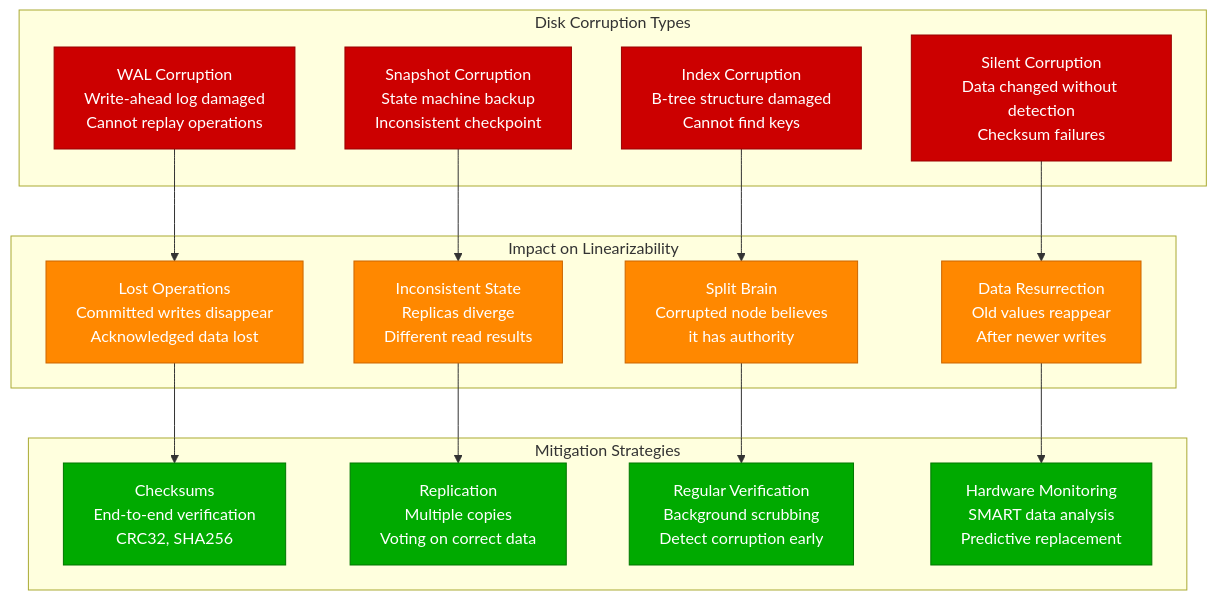
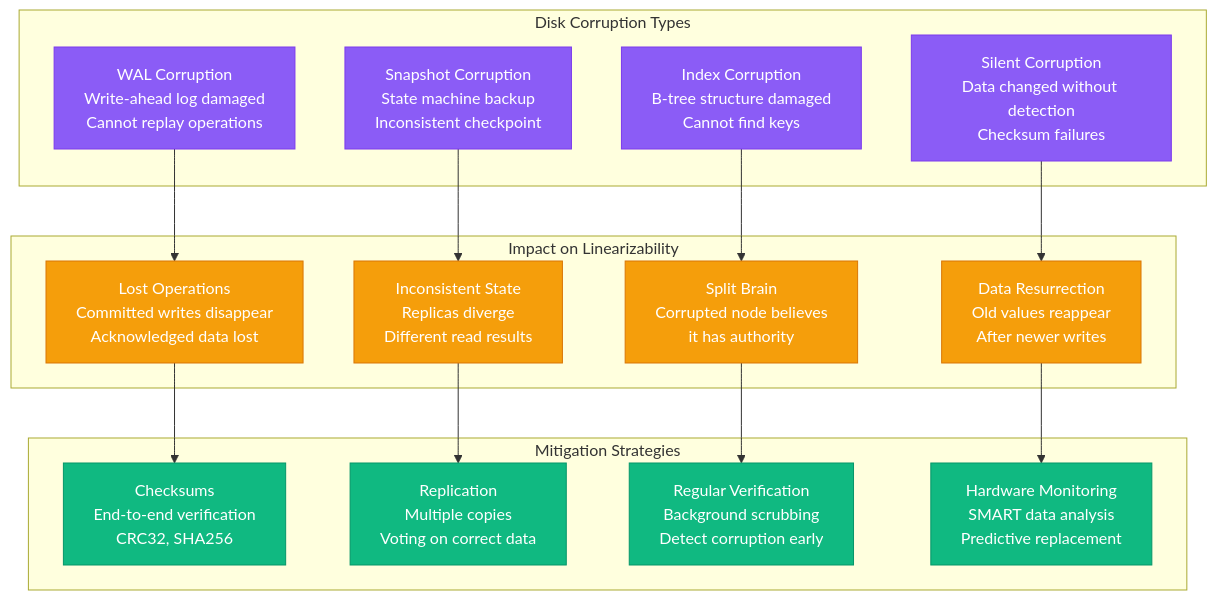
Before and after one commit to deepaucksharma/DS: the sixth of 10 diagrams in site/docs/guarantees/linearizability/linearizability-failures.md, drawn with Mermaid. The commit also changed other lines of this file and 303 other files, not shown here.

````diff
--- a/site/docs/guarantees/linearizability/linearizability-failures.md
+++ b/site/docs/guarantees/linearizability/linearizability-failures.md
@@ -219,41 +219,41 @@
 ```mermaid
 graph TB
     subgraph CorruptionTypes[Disk Corruption Types]
         C1[WAL Corruption<br/>Write-ahead log damaged<br/>Cannot replay operations]
         C2[Snapshot Corruption<br/>State machine backup<br/>Inconsistent checkpoint]
         C3[Index Corruption<br/>B-tree structure damaged<br/>Cannot find keys]
         C4[Silent Corruption<br/>Data changed without detection<br/>Checksum failures]
     end
 
     subgraph ImpactAnalysis[Impact on Linearizability]
         I1[Lost Operations<br/>Committed writes disappear<br/>Acknowledged data lost]
         I2[Inconsistent State<br/>Replicas diverge<br/>Different read results]
         I3[Split Brain<br/>Corrupted node believes<br/>it has authority]
         I4[Data Resurrection<br/>Old values reappear<br/>After newer writes]
     end
 
     subgraph MitigationStrategies[Mitigation Strategies]
         M1[Checksums<br/>End-to-end verification<br/>CRC32, SHA256]
         M2[Replication<br/>Multiple copies<br/>Voting on correct data]
         M3[Regular Verification<br/>Background scrubbing<br/>Detect corruption early]
         M4[Hardware Monitoring<br/>SMART data analysis<br/>Predictive replacement]
     end
 
     C1 --> I1
     C2 --> I2
     C3 --> I3
     C4 --> I4
 
     I1 --> M1
     I2 --> M2
     I3 --> M3
     I4 --> M4
 
-    classDef corruptionStyle fill:#CC0000,stroke:#990000,color:#fff
-    classDef impactStyle fill:#FF8800,stroke:#CC6600,color:#fff
-    classDef mitigationStyle fill:#00AA00,stroke:#007700,color:#fff
+    classDef corruptionStyle fill:#8B5CF6,stroke:#7C3AED,color:#fff
+    classDef impactStyle fill:#F59E0B,stroke:#D97706,color:#fff
+    classDef mitigationStyle fill:#10B981,stroke:#059669,color:#fff
 
     class C1,C2,C3,C4 corruptionStyle
     class I1,I2,I3,I4 impactStyle
     class M1,M2,M3,M4 mitigationStyle
 ```
````
